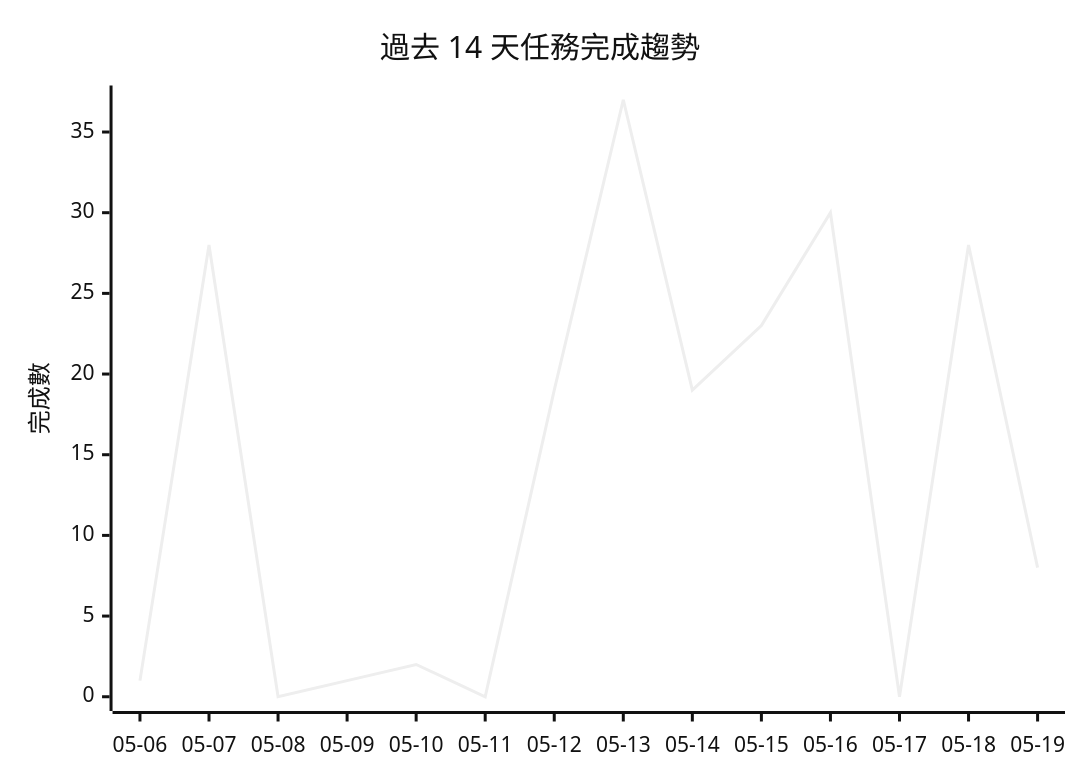
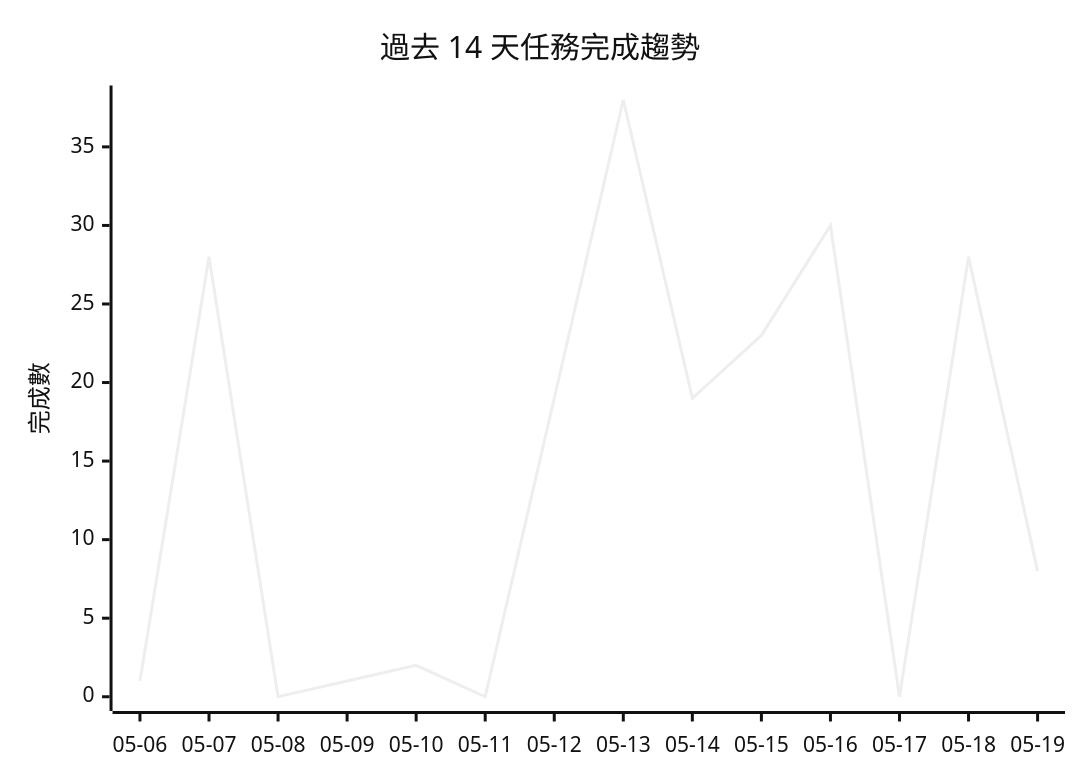
The diagram in README.md (openclawchen8-lgtm/openclawchen8-lgtm), drawn with Mermaid (neutral theme) before and after one commit. The commit also changed other lines of this file, not shown here.

````diff
--- a/README.md
+++ b/README.md
@@ -181,7 +179,7 @@
 ```mermaid
 xychart-beta
     title "過去 14 天任務完成趨勢"
     x-axis ["05-06", "05-07", "05-08", "05-09", "05-10", "05-11", "05-12", "05-13", "05-14", "05-15", "05-16", "05-17", "05-18", "05-19"]
-    y-axis "完成數" 0 --> 37
-    line [1, 28, 0, 1, 2, 0, 19, 37, 19, 23, 30, 0, 28, 8]
+    y-axis "完成數" 0 --> 38
+    line [1, 28, 0, 1, 2, 0, 19, 38, 19, 23, 30, 0, 28, 8]
 ```
````
